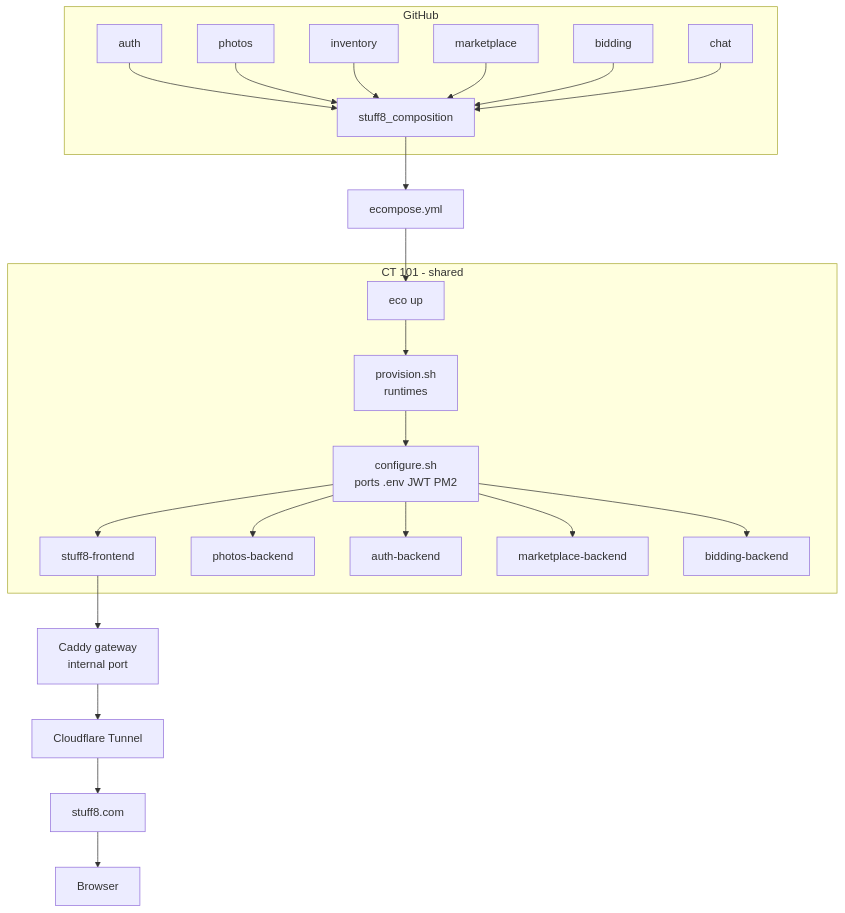
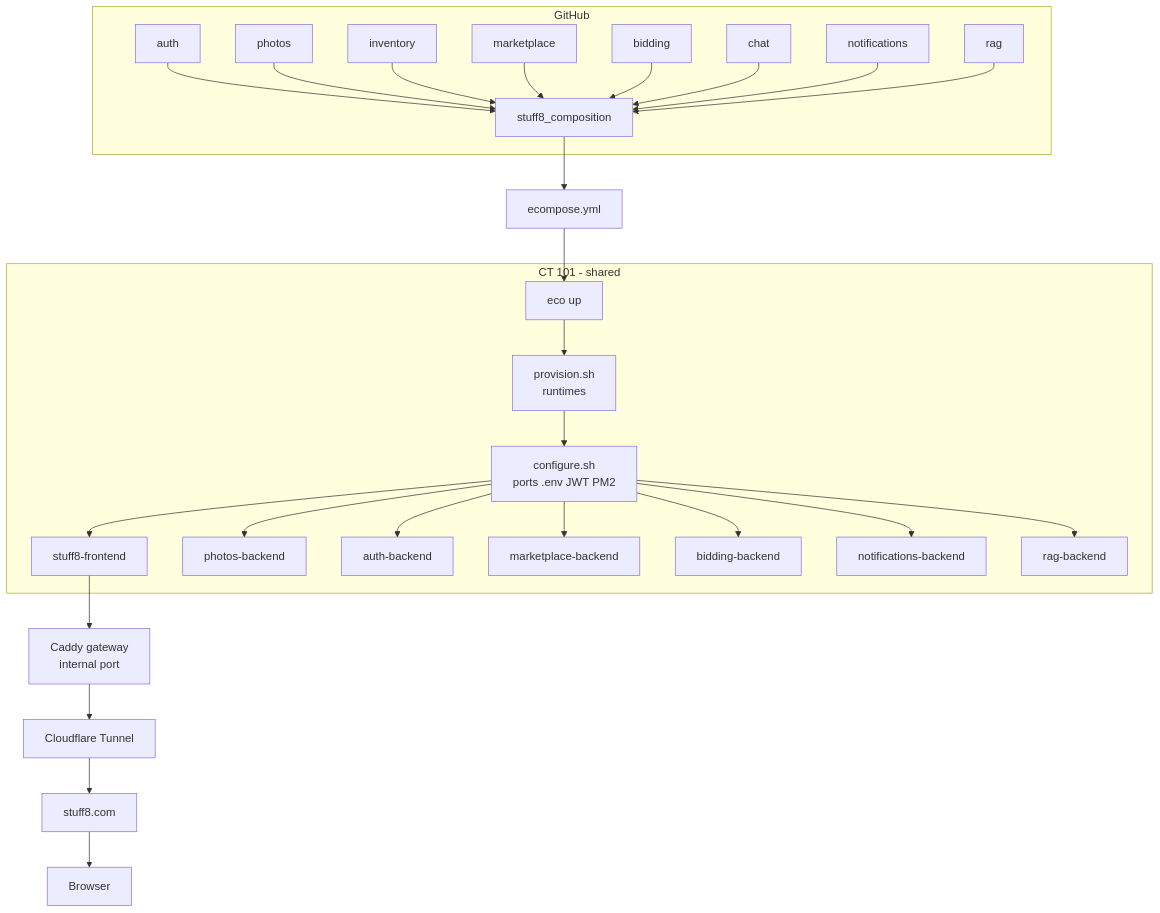
Before and after one commit to getecosphere/eco_docs: the first of 2 diagrams in frontend/case-study/stuff8.md, drawn with Mermaid. The commit also changed other lines of this file and 22 other files, not shown here.

````diff
--- a/frontend/case-study/stuff8.md
+++ b/frontend/case-study/stuff8.md
@@ -24,30 +38,34 @@
 ```mermaid
 flowchart TD
     subgraph GitHub
         A[auth] --> G
         B[photos] --> G
         C[inventory] --> G
         D[marketplace] --> G
         E[bidding] --> G
         F[chat] --> G
+        H[notifications] --> G
+        I[rag] --> G
         G[stuff8_composition]
     end
 
     G --> M[ecompose.yml]
     M --> U[eco up]
 
     subgraph CT101[CT 101 - shared]
         U --> P[provision.sh<br/>runtimes]
         P --> W[configure.sh<br/>ports .env JWT PM2]
         W --> S1[stuff8-frontend]
         W --> S2[photos-backend]
         W --> S3[auth-backend]
         W --> S4[marketplace-backend]
         W --> S5[bidding-backend]
+        W --> S6[notifications-backend]
+        W --> S7[rag-backend]
     end
 
     S1 --> GATE[Caddy gateway<br/>internal port]
     GATE --> CF[Cloudflare Tunnel]
     CF --> DNS[stuff8.com]
     DNS --> USER[Browser]
 ```
````
